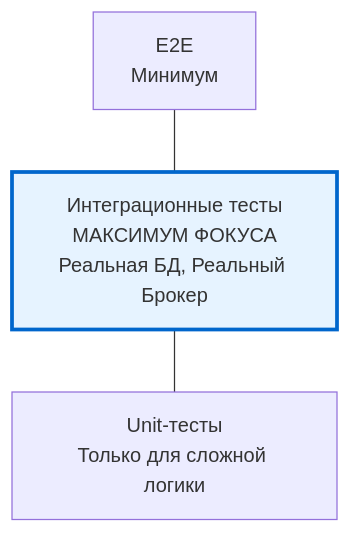
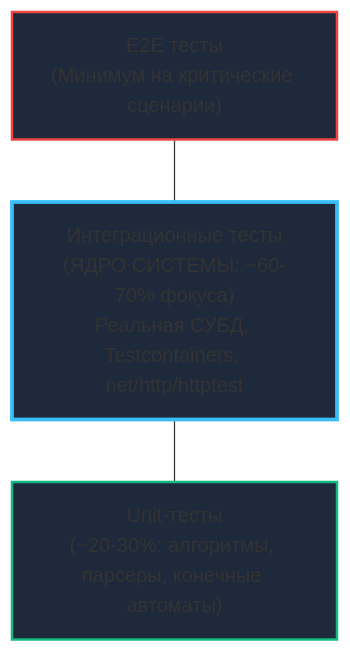
Before and after one commit to UnrealTemplier/go-textbook: the second of 3 diagrams in sources/15. Тестирование в Go (QA & Testing)/01. Фундамент/3. Пирамида тестирования.md, drawn with Mermaid. The commit also changed other lines of this file, not shown here.

````diff
--- a/sources/15. Тестирование в Go (QA & Testing)/01. Фундамент/3. Пирамида тестирования.md
+++ b/sources/15. Тестирование в Go (QA & Testing)/01. Фундамент/3. Пирамида тестирования.md
@@ -49,11 +66,13 @@
 ```mermaid
 flowchart TD
-    E2E["E2E<br>Минимум"]
-    Integ["Интеграционные тесты<br>МАКСИМУМ ФОКУСА<br>Реальная БД, Реальный Брокер"]
-    Unit["Unit-тесты<br>Только для сложной логики"]
+    E2E["E2E тесты<br>(Минимум на критические сценарии)"]
+    Integ["Интеграционные тесты<br>(ЯДРО СИСТЕМЫ: ~60-70% фокуса)<br>Реальная СУБД, Testcontainers, net/http/httptest"]
+    Unit["Unit-тесты<br>(~20-30%: алгоритмы, парсеры, конечные автоматы)"]
 
     E2E --- Integ
     Integ --- Unit
     
-    style Integ fill:#e6f3ff,stroke:#0066cc,stroke-width:3px
+    style Integ fill:#1e293b,stroke:#38bdf8,stroke-width:3px
+    style Unit fill:#1e293b,stroke:#10b981,stroke-width:2px
+    style E2E fill:#1e293b,stroke:#ef4444,stroke-width:2px
 ```
````
